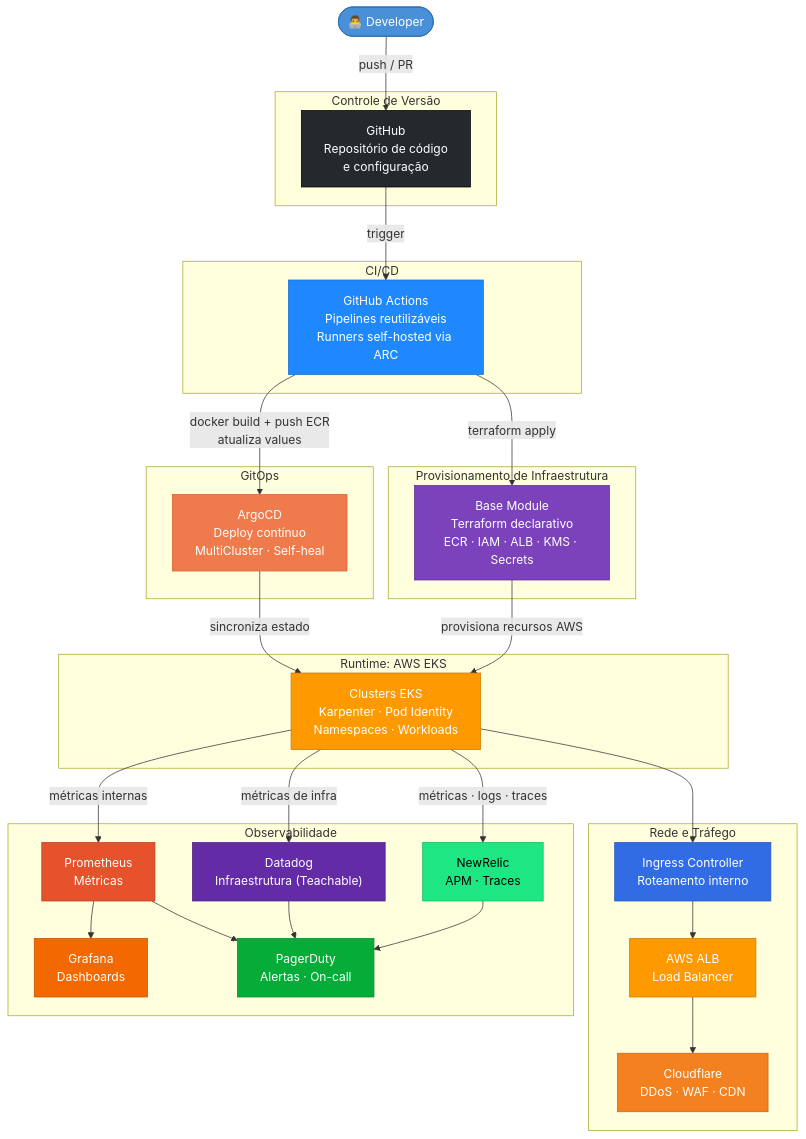
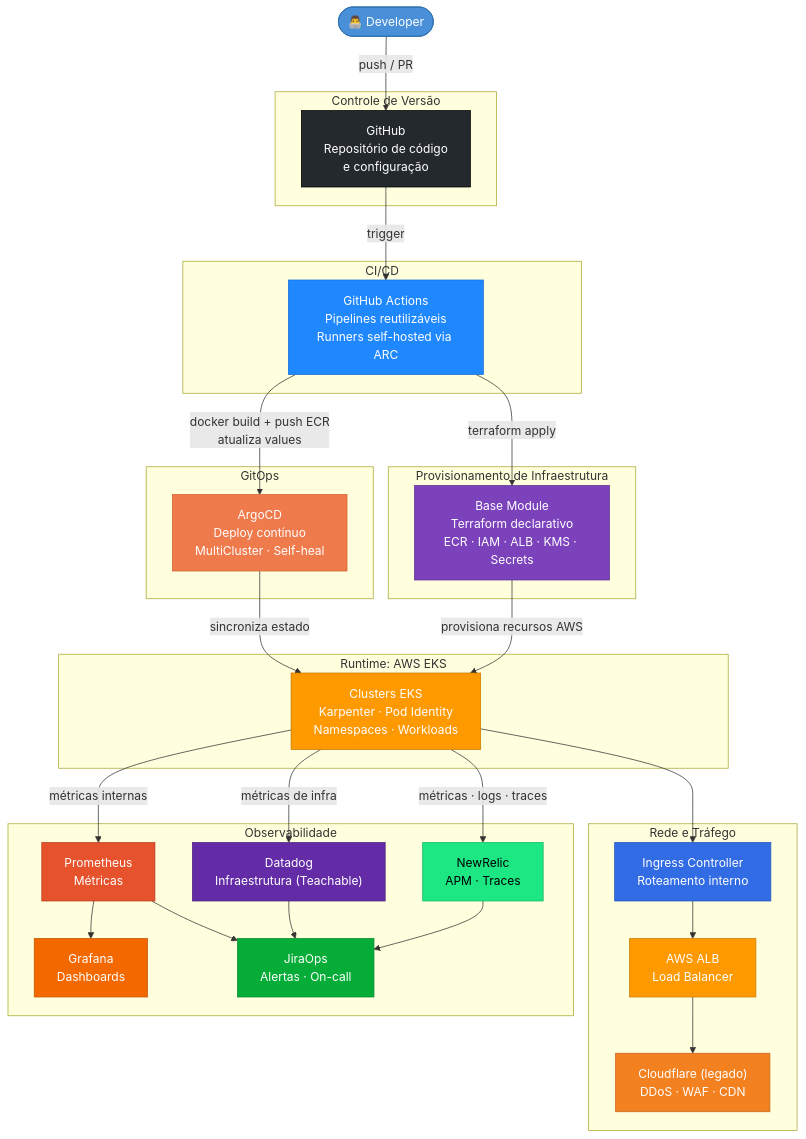
Before and after one commit to projetos-marcoribeiro/devops-onboarding: the diagram in diagrams/platform-architecture.md, drawn with Mermaid. The commit also changed other lines of this file and 14 other files, not shown here.

Commit message:
fix: limpeza completa - PagerDuty substituido por JiraOps em 12 arquivos, Cloudflare marcado como legado em diagramas e checklists

````diff
--- a/diagrams/platform-architecture.md
+++ b/diagrams/platform-architecture.md
@@ -9,70 +9,70 @@
 ```mermaid
 flowchart TD
     DEV(["👨‍💻 Developer"])
 
     subgraph SCM ["Controle de Versão"]
         GH["GitHub\nRepositório de código\ne configuração"]
     end
 
     subgraph CICD ["CI/CD"]
         GA["GitHub Actions\nPipelines reutilizáveis\nRunners self-hosted via ARC"]
     end
 
     subgraph INFRA ["Provisionamento de Infraestrutura"]
         BM["Base Module\nTerraform declarativo\nECR · IAM · ALB · KMS · Secrets"]
     end
 
     subgraph GITOPS ["GitOps"]
         ARGO["ArgoCD\nDeploy contínuo\nMultiCluster · Self-heal"]
     end
 
     subgraph RUNTIME ["Runtime: AWS EKS"]
         EKS["Clusters EKS\nKarpenter · Pod Identity\nNamespaces · Workloads"]
     end
 
     subgraph NETWORK ["Rede e Tráfego"]
-        CF["Cloudflare\nDDoS · WAF · CDN"]
+        CF["Cloudflare (legado)\nDDoS · WAF · CDN"]
         ALB["AWS ALB\nLoad Balancer"]
         ING["Ingress Controller\nRoteamento interno"]
     end
 
     subgraph OBS ["Observabilidade"]
         NR["NewRelic\nAPM · Traces"]
         DD["Datadog\nInfraestrutura (Teachable)"]
         PROM["Prometheus\nMétricas"]
         GRAF["Grafana\nDashboards"]
-        PD["PagerDuty\nAlertas · On-call"]
+        PD["JiraOps\nAlertas · On-call"]
     end
 
     DEV -->|"push / PR"| GH
     GH -->|"trigger"| GA
     GA -->|"terraform apply"| BM
     GA -->|"docker build + push ECR\natualiza values"| ARGO
     BM -->|"provisiona recursos AWS"| EKS
     ARGO -->|"sincroniza estado"| EKS
     EKS --> ING
     ING --> ALB
     ALB --> CF
     EKS -->|"métricas · logs · traces"| NR
     EKS -->|"métricas de infra"| DD
     EKS -->|"métricas internas"| PROM
     PROM --> GRAF
     NR --> PD
     DD --> PD
     PROM --> PD
 
     style DEV fill:#4A90D9,color:#fff,stroke:#2c6fad
     style GH fill:#24292E,color:#fff,stroke:#000
     style GA fill:#2088FF,color:#fff,stroke:#1a6fd4
     style BM fill:#7B42BC,color:#fff,stroke:#5e3190
     style ARGO fill:#EF7B4D,color:#fff,stroke:#d4622e
     style EKS fill:#FF9900,color:#fff,stroke:#cc7a00
     style CF fill:#F48120,color:#fff,stroke:#c4661a
     style ALB fill:#FF9900,color:#fff,stroke:#cc7a00
     style ING fill:#326CE5,color:#fff,stroke:#2456b8
     style NR fill:#1CE783,color:#000,stroke:#17b869
     style DD fill:#632CA6,color:#fff,stroke:#4e2285
     style PROM fill:#E6522C,color:#fff,stroke:#b84023
     style GRAF fill:#F46800,color:#fff,stroke:#c35300
     style PD fill:#06AC38,color:#fff,stroke:#058a2d
 ```
````
